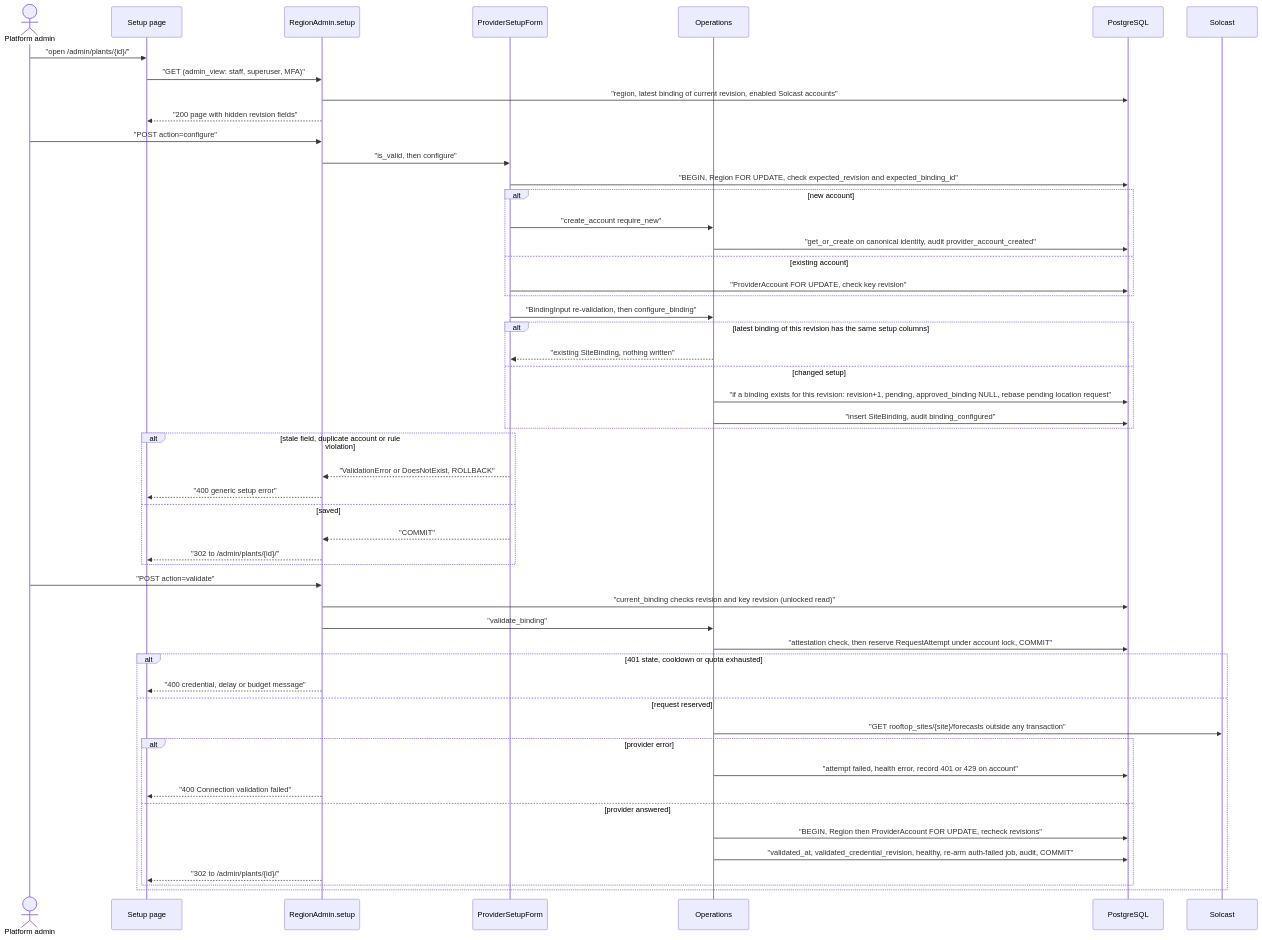
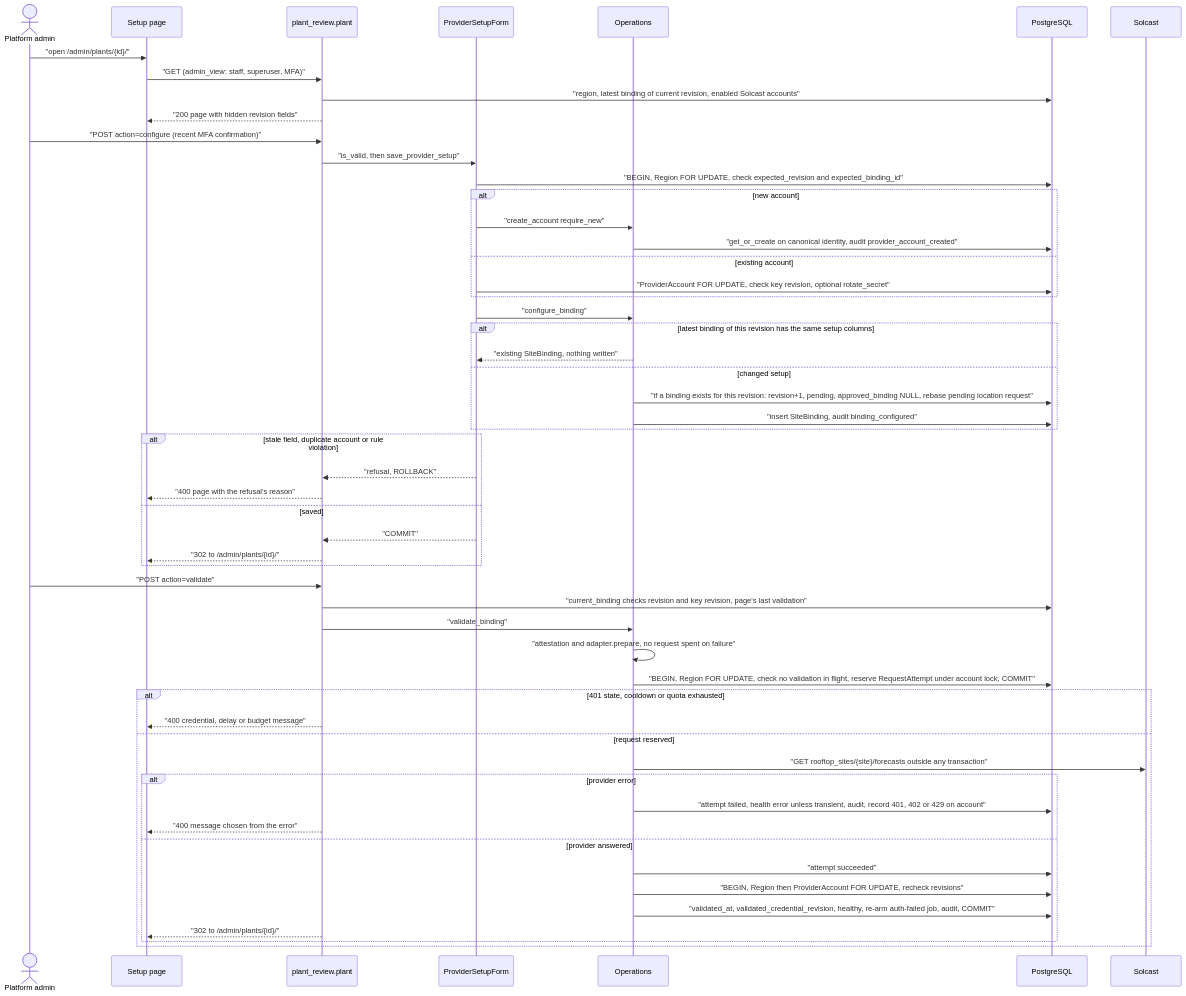
The diagram in docs/flows/provider-connection-setup.md (erkurtharun/pyracast), drawn with Mermaid before and after one commit. The commit also changed other lines of this file and 3 other files, not shown here.

First line of the commit message:
Bring the plant onboarding and approval flow pages in line with the code

````diff
--- a/docs/flows/provider-connection-setup.md
+++ b/docs/flows/provider-connection-setup.md
@@ -16,54 +15,56 @@
 ```mermaid
 sequenceDiagram
     actor A as Platform admin
     participant P as Setup page
-    participant V as RegionAdmin.setup
+    participant V as plant_review.plant
     participant F as ProviderSetupForm
     participant O as Operations
     participant DB as PostgreSQL
     participant S as Solcast
     A->>P: "open /admin/plants/{id}/"
     P->>V: "GET (admin_view: staff, superuser, MFA)"
     V->>DB: "region, latest binding of current revision, enabled Solcast accounts"
     V-->>P: "200 page with hidden revision fields"
-    A->>V: "POST action=configure"
-    V->>F: "is_valid, then configure"
+    A->>V: "POST action=configure (recent MFA confirmation)"
+    V->>F: "is_valid, then save_provider_setup"
     F->>DB: "BEGIN, Region FOR UPDATE, check expected_revision and expected_binding_id"
     alt new account
         F->>O: "create_account require_new"
         O->>DB: "get_or_create on canonical identity, audit provider_account_created"
     else existing account
-        F->>DB: "ProviderAccount FOR UPDATE, check key revision"
+        F->>DB: "ProviderAccount FOR UPDATE, check key revision, optional rotate_secret"
     end
-    F->>O: "BindingInput re-validation, then configure_binding"
+    F->>O: "configure_binding"
     alt latest binding of this revision has the same setup columns
         O-->>F: "existing SiteBinding, nothing written"
     else changed setup
         O->>DB: "if a binding exists for this revision: revision+1, pending, approved_binding NULL, rebase pending location request"
         O->>DB: "insert SiteBinding, audit binding_configured"
     end
     alt stale field, duplicate account or rule violation
-        F-->>V: "ValidationError or DoesNotExist, ROLLBACK"
-        V-->>P: "400 generic setup error"
+        F-->>V: "refusal, ROLLBACK"
+        V-->>P: "400 page with the refusal's reason"
     else saved
         F-->>V: "COMMIT"
         V-->>P: "302 to /admin/plants/{id}/"
     end
     A->>V: "POST action=validate"
-    V->>DB: "current_binding checks revision and key revision (unlocked read)"
+    V->>DB: "current_binding checks revision and key revision, page's last validation"
     V->>O: "validate_binding"
-    O->>DB: "attestation check, then reserve RequestAttempt under account lock, COMMIT"
+    O->>O: "attestation and adapter.prepare, no request spent on failure"
+    O->>DB: "BEGIN, Region FOR UPDATE, check no validation in flight, reserve RequestAttempt under account lock, COMMIT"
     alt 401 state, cooldown or quota exhausted
         V-->>P: "400 credential, delay or budget message"
     else request reserved
         O->>S: "GET rooftop_sites/{site}/forecasts outside any transaction"
         alt provider error
-            O->>DB: "attempt failed, health error, record 401 or 429 on account"
-            V-->>P: "400 Connection validation failed"
+            O->>DB: "attempt failed, health error unless transient, audit, record 401, 402 or 429 on account"
+            V-->>P: "400 message chosen from the error"
         else provider answered
+            O->>DB: "attempt succeeded"
             O->>DB: "BEGIN, Region then ProviderAccount FOR UPDATE, recheck revisions"
             O->>DB: "validated_at, validated_credential_revision, healthy, re-arm auth-failed job, audit, COMMIT"
             V-->>P: "302 to /admin/plants/{id}/"
         end
     end
 ```
````
